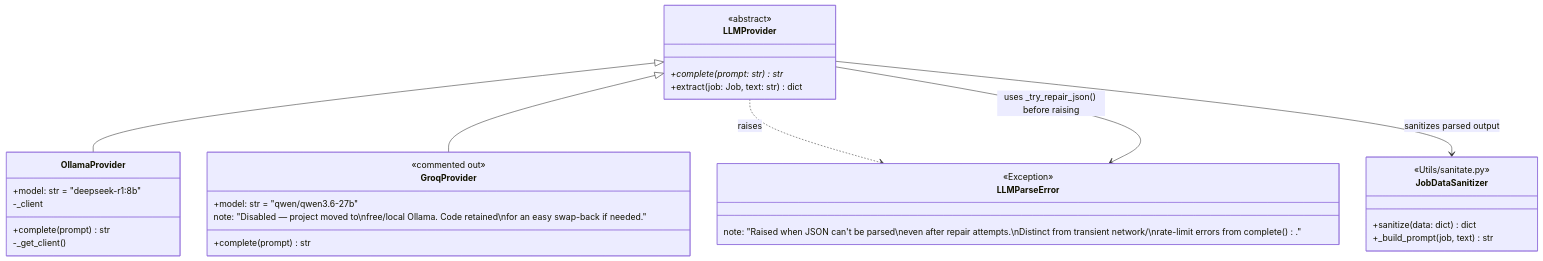
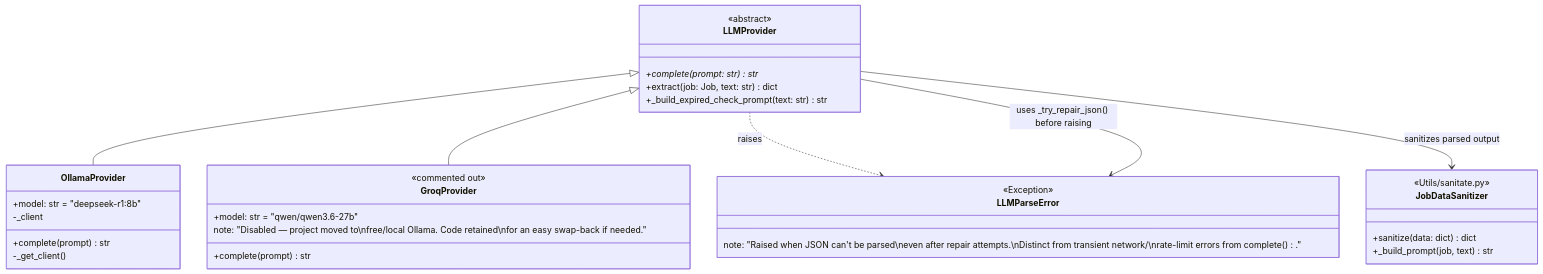
Before and after one commit to AustinDwomoh/libra: the diagram in docs/diagrams/llm_class.md, drawn with Mermaid. The commit also changed 10 other files, not shown here.

First line of the commit message:
Add weekly expiry checker & improve scraper/expiry flow

````diff
--- a/docs/diagrams/llm_class.md
+++ b/docs/diagrams/llm_class.md
@@ -1,40 +1,41 @@
 ```mermaid
 %% classDiagram — LLMProvider hierarchy, currently Ollama-only (Groq commented out)
 classDiagram
     class LLMProvider {
         <<abstract>>
         +complete(prompt: str) str*
         +extract(job: Job, text: str) dict
+        +_build_expired_check_prompt(text: str) str
     }
 
     class OllamaProvider {
         +model: str = "deepseek-r1:8b"
         -_client
         +complete(prompt) str
         -_get_client()
     }
 
     class GroqProvider {
         <<commented out>>
         +model: str = "qwen/qwen3.6-27b"
         +complete(prompt) str
         note: "Disabled — project moved to\nfree/local Ollama. Code retained\nfor an easy swap-back if needed."
     }
 
     class LLMParseError {
         <<Exception>>
         note: "Raised when JSON can't be parsed\neven after repair attempts.\nDistinct from transient network/\nrate-limit errors from complete()."
     }
 
     class JobDataSanitizer {
         <<Utils/sanitate.py>>
         +sanitize(data: dict) dict
         +_build_prompt(job, text) str
     }
 
     LLMProvider <|-- OllamaProvider
     LLMProvider <|-- GroqProvider
     LLMProvider ..> LLMParseError : raises
     LLMProvider --> JobDataSanitizer : sanitizes parsed output
     LLMProvider --> LLMParseError : uses _try_repair_json() before raising
 ```
````
